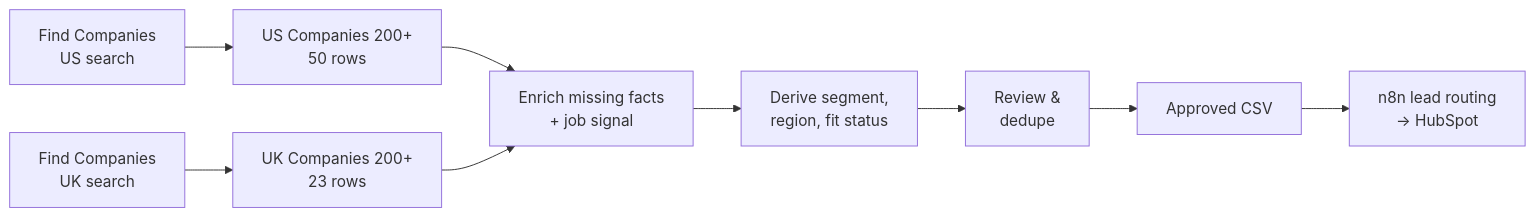
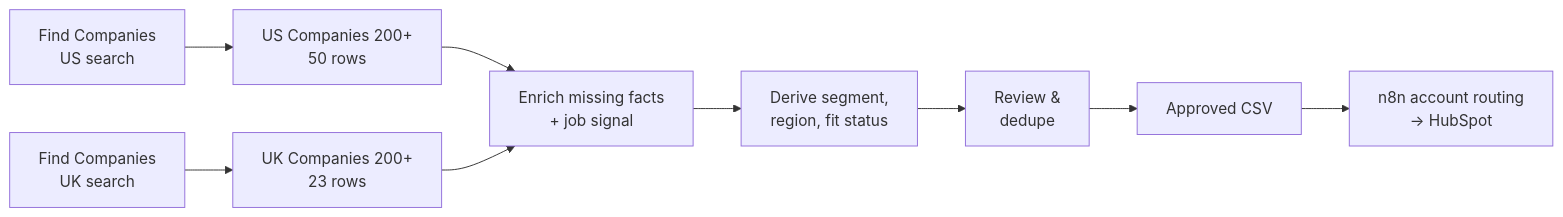
The first of 2 diagrams in docs/1_account_discovery.md (joshane1/GTM-Portfolio), drawn with Mermaid before and after one commit. The commit also changed other lines of this file and 6 other files, not shown here.

````diff
--- a/docs/1_account_discovery.md
+++ b/docs/1_account_discovery.md
@@ -33,11 +44,11 @@
 ```mermaid
 flowchart LR
     us["Find Companies<br/>US search"] --> ustable["US Companies 200+<br/>50 rows"]
     uk["Find Companies<br/>UK search"] --> uktable["UK Companies 200+<br/>23 rows"]
     ustable --> enrich["Enrich missing facts<br/>+ job signal"]
     uktable --> enrich
     enrich --> derive["Derive segment,<br/>region, fit status"]
     derive --> review["Review &<br/>dedupe"]
     review --> csv["Approved CSV"]
-    csv --> routing["n8n lead routing<br/>→ HubSpot"]
+    csv --> routing["n8n account routing<br/>→ HubSpot"]
 ```
````
